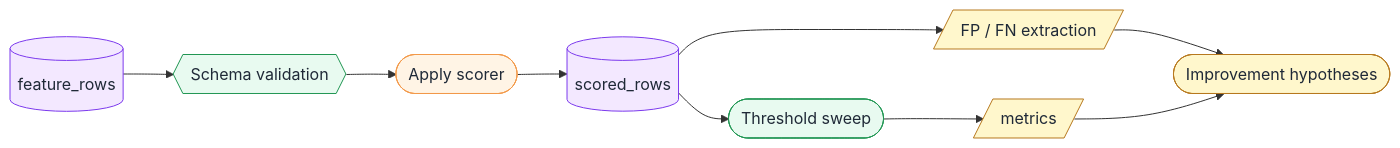
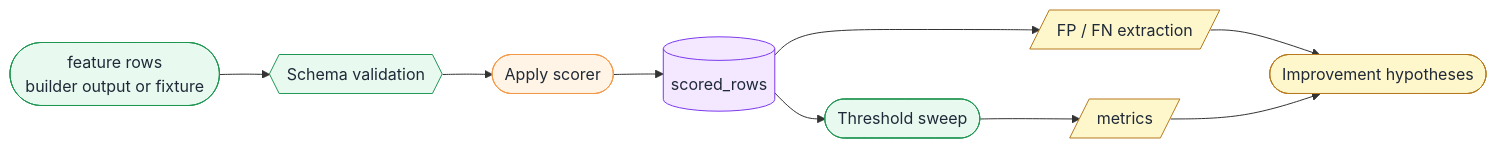
One commit to tasuku43/abuse-detection-learning changed the tenth of 16 diagrams in docs/design/evaluation_harness_architecture_mermaid_ja.md. Above: the diagram before and after it, drawn with Mermaid. The commit also changed other lines of this file and 3 other files, not shown here.

Commit message:
docs: refine scoring architecture notes

````diff
--- a/docs/design/evaluation_harness_architecture_mermaid_ja.md
+++ b/docs/design/evaluation_harness_architecture_mermaid_ja.md
@@ -272,16 +349,16 @@
 ```mermaid
 flowchart LR
   classDef table fill:#F3E8FF,stroke:#7C3AED,color:#1F2937
   classDef process fill:#E8FAF0,stroke:#219653,color:#1F2937
   classDef scorer fill:#FFF4E5,stroke:#F2994A,color:#1F2937
   classDef analysis fill:#FFF7CC,stroke:#B7791F,color:#1F2937
 
-  FR[(feature_rows)]:::table --> VAL{{Schema validation}}:::process
+  FR([feature rows<br/>builder output or fixture]):::process --> VAL{{Schema validation}}:::process
   VAL --> SCORE([Apply scorer]):::scorer
   SCORE --> SR[(scored_rows)]:::table
   SR --> SWEEP([Threshold sweep]):::process
   SWEEP --> MET[/metrics/]:::analysis
   SR --> ERR[/FP / FN extraction/]:::analysis
   ERR --> HYP([Improvement hypotheses]):::analysis
   MET --> HYP
 ```
````
